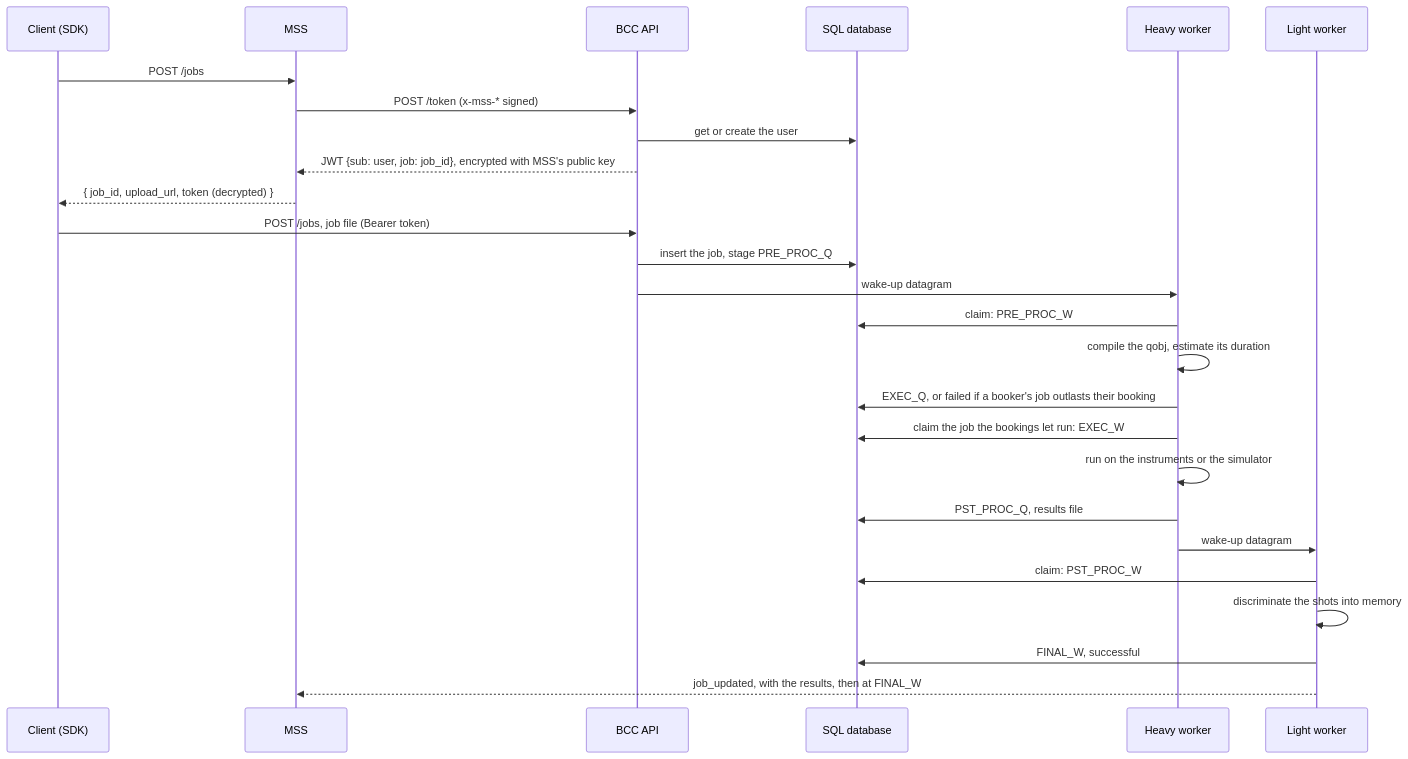
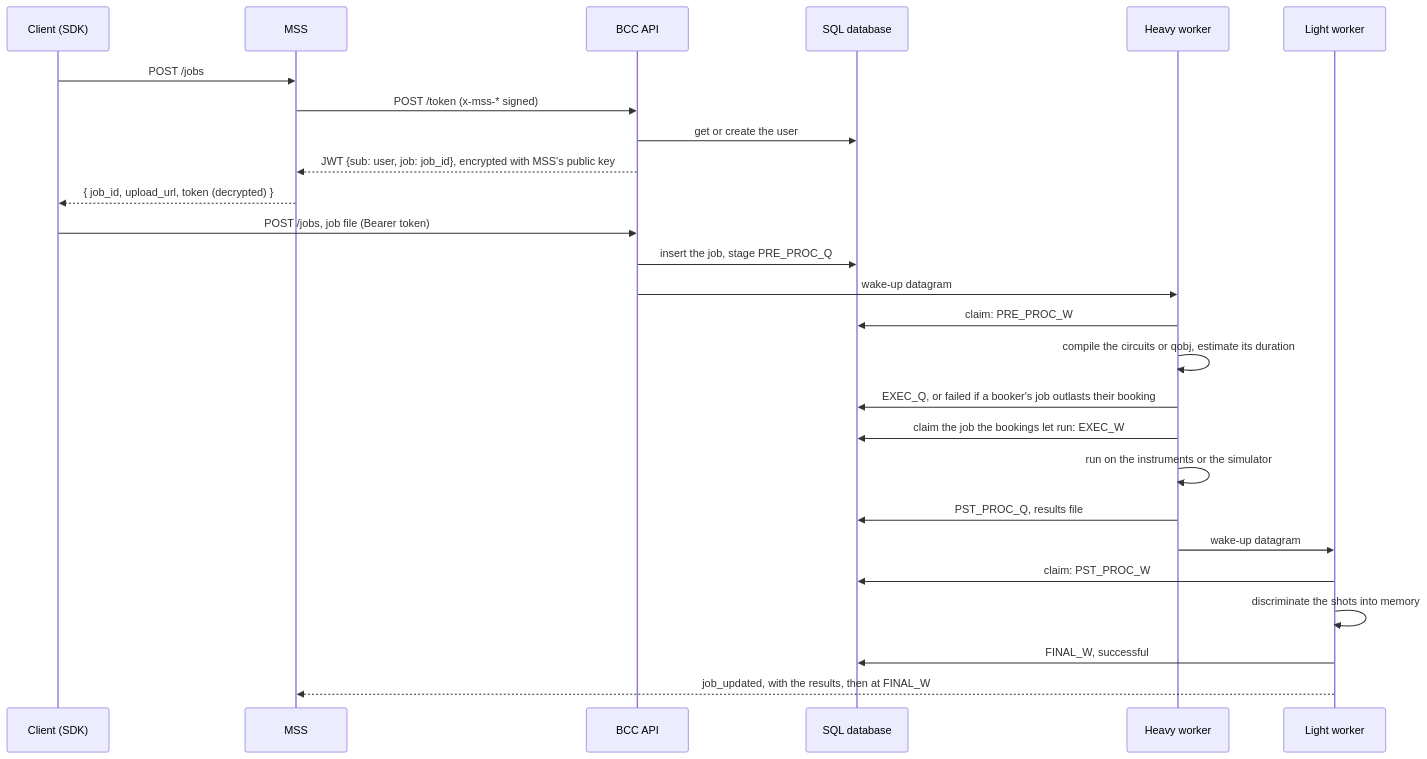
One commit to tergite/tergite-backend changed the second of 9 diagrams in DESIGN.md. Above: the diagram before and after it, drawn with Mermaid. The commit also changed other lines of this file and 25 other files, not shown here.

````diff
--- a/DESIGN.md
+++ b/DESIGN.md
@@ -90,29 +90,29 @@
 ```mermaid
 sequenceDiagram
     participant C as Client (SDK)
     participant M as MSS
     participant A as BCC API
     participant D as SQL database
     participant H as Heavy worker
     participant L as Light worker
 
     C->>M: POST /jobs
     M->>A: POST /token (x-mss-* signed)
     A->>D: get or create the user
     A-->>M: JWT {sub: user, job: job_id}, encrypted with MSS's public key
     M-->>C: { job_id, upload_url, token (decrypted) }
     C->>A: POST /jobs, job file (Bearer token)
     A->>D: insert the job, stage PRE_PROC_Q
     A->>H: wake-up datagram
     H->>D: claim: PRE_PROC_W
-    H->>H: compile the qobj, estimate its duration
+    H->>H: compile the circuits or qobj, estimate its duration
     H->>D: EXEC_Q, or failed if a booker's job outlasts their booking
     H->>D: claim the job the bookings let run: EXEC_W
     H->>H: run on the instruments or the simulator
     H->>D: PST_PROC_Q, results file
     H->>L: wake-up datagram
     L->>D: claim: PST_PROC_W
     L->>L: discriminate the shots into memory
     L->>D: FINAL_W, successful
     L-->>M: job_updated, with the results, then at FINAL_W
 ```
````
